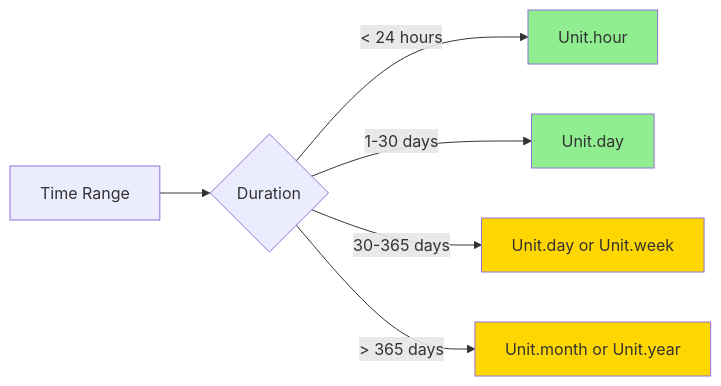
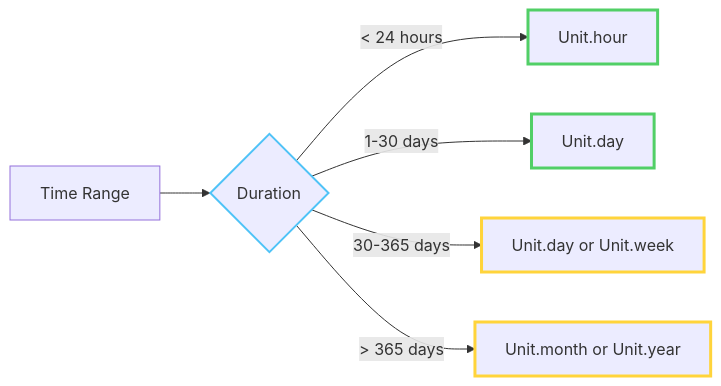
Before and after one commit to Shaddix/mostlylucidweb: the seventh of 7 diagrams in Umami.Net/README.md, drawn with Mermaid. The commit also changed other lines of this file and 9 other files, not shown here.

````diff
--- a/Umami.Net/README.md
+++ b/Umami.Net/README.md
@@ -1903,13 +1927,14 @@
 ```mermaid
 graph LR
     A[Time Range] --> B{Duration}
     B -->|< 24 hours| C[Unit.hour]
     B -->|1-30 days| D[Unit.day]
     B -->|30-365 days| E[Unit.day or Unit.week]
     B -->|> 365 days| F[Unit.month or Unit.year]
 
-    style C fill:#90EE90
-    style D fill:#90EE90
-    style E fill:#FFD700
-    style F fill:#FFD700
+    style C stroke:#51CF66,stroke-width:3px
+    style D stroke:#51CF66,stroke-width:3px
+    style E stroke:#FFD43B,stroke-width:3px
+    style F stroke:#FFD43B,stroke-width:3px
+    style B stroke:#4FC3F7,stroke-width:2px
 ```
````
